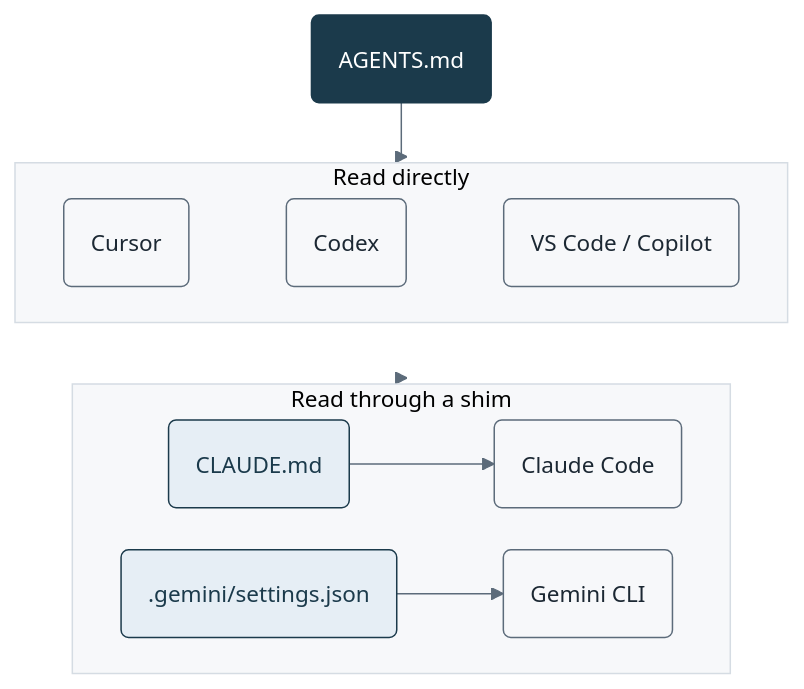
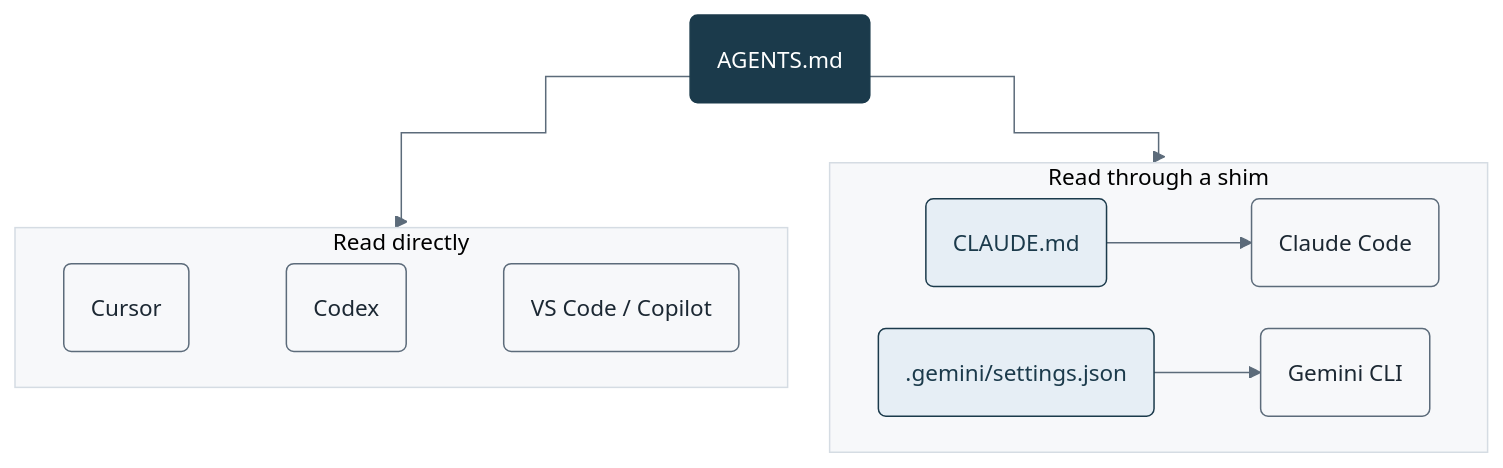
Before and after one commit to santoshshinde2012/over-ai-engineering: the first of 2 diagrams in README.md, drawn with Mermaid.

Commit message:
Keep the diagrams in Mermaid, without a CSS rule.
The architecture figure hid an arrow with theme CSS. Both groups now connect with ordinary Mermaid edges.

````diff
--- a/README.md
+++ b/README.md
@@ -19,38 +19,37 @@
 ```mermaid
-%%{init: {'theme': 'base', 'themeCSS': '.flowchart-link[style*=stroke-width] { marker-end: none !important; }', 'flowchart': {'htmlLabels': false, 'curve': 'step', 'padding': 18, 'nodeSpacing': 28, 'rankSpacing': 40}, 'themeVariables': {'fontFamily': 'arial', 'fontSize': '15px', 'lineColor': '#5C6B7A', 'textColor': '#1C2833', 'primaryColor': '#F7F8FA', 'primaryTextColor': '#1C2833', 'primaryBorderColor': '#1B3A4B', 'clusterBkg': '#F7F8FA', 'clusterBorder': '#D5DCE3', 'edgeLabelBackground': '#FFFFFF'}}}%%
+%%{init: {'theme': 'base', 'flowchart': {'htmlLabels': false, 'curve': 'step', 'padding': 18, 'nodeSpacing': 28, 'rankSpacing': 40}, 'themeVariables': {'fontFamily': 'arial', 'fontSize': '15px', 'lineColor': '#5C6B7A', 'textColor': '#1C2833', 'primaryColor': '#F7F8FA', 'primaryTextColor': '#1C2833', 'primaryBorderColor': '#1B3A4B', 'clusterBkg': '#F7F8FA', 'clusterBorder': '#D5DCE3', 'edgeLabelBackground': '#FFFFFF'}}}%%
 flowchart TB
   accTitle: One source of truth, thin shims
   accDescr: Cursor, Codex, and VS Code read AGENTS.md directly. Claude Code reads it through CLAUDE.md, and Gemini CLI through .gemini/settings.json. Navy is the source file. Blue is a shim.
 
   agents("AGENTS.md")
 
   subgraph direct["Read directly"]
     direction LR
     cursor("Cursor")
     codex("Codex")
     copilot("VS Code / Copilot")
     cursor ~~~ codex
     codex ~~~ copilot
   end
 
   subgraph via["Read through a shim"]
     direction LR
     claudeShim("CLAUDE.md") --> claude("Claude Code")
     geminiShim(".gemini/settings.json") --> gemini("Gemini CLI")
   end
 
   agents --> direct
-  direct --> via
+  agents --> via
 
   class agents source
   class claudeShim,geminiShim shim
   class cursor,codex,copilot,claude,gemini agent
 
   classDef source fill:#1B3A4B,stroke:#1B3A4B,color:#FFFFFF
   classDef shim fill:#E6EEF5,stroke:#1B3A4B,color:#1B3A4B
   classDef agent fill:#F7F8FA,stroke:#5C6B7A,color:#1C2833
 
   style direct fill:#F7F8FA,stroke:#D5DCE3,color:#1B3A4B
   style via fill:#F7F8FA,stroke:#D5DCE3,color:#1B3A4B
-  linkStyle 5 stroke-width:0px,fill:none
 ```
````
